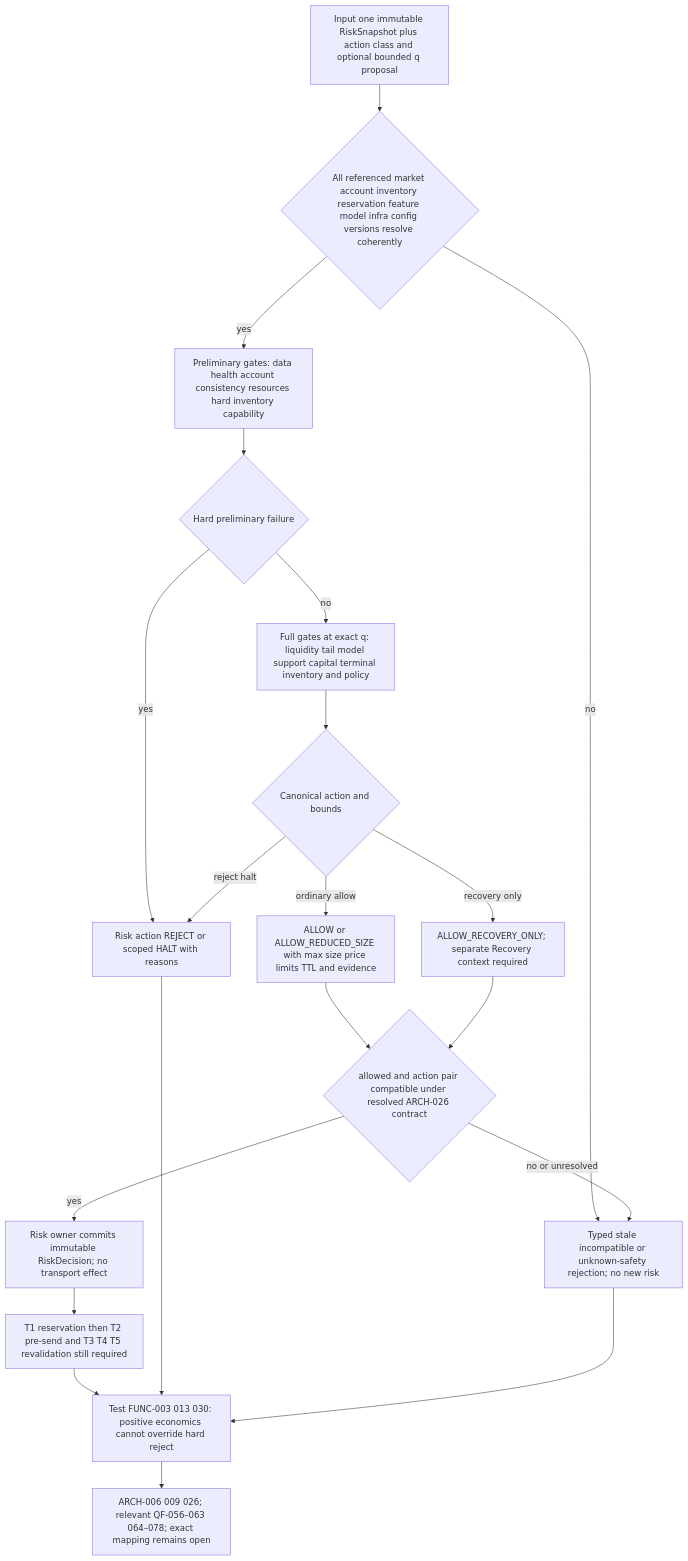
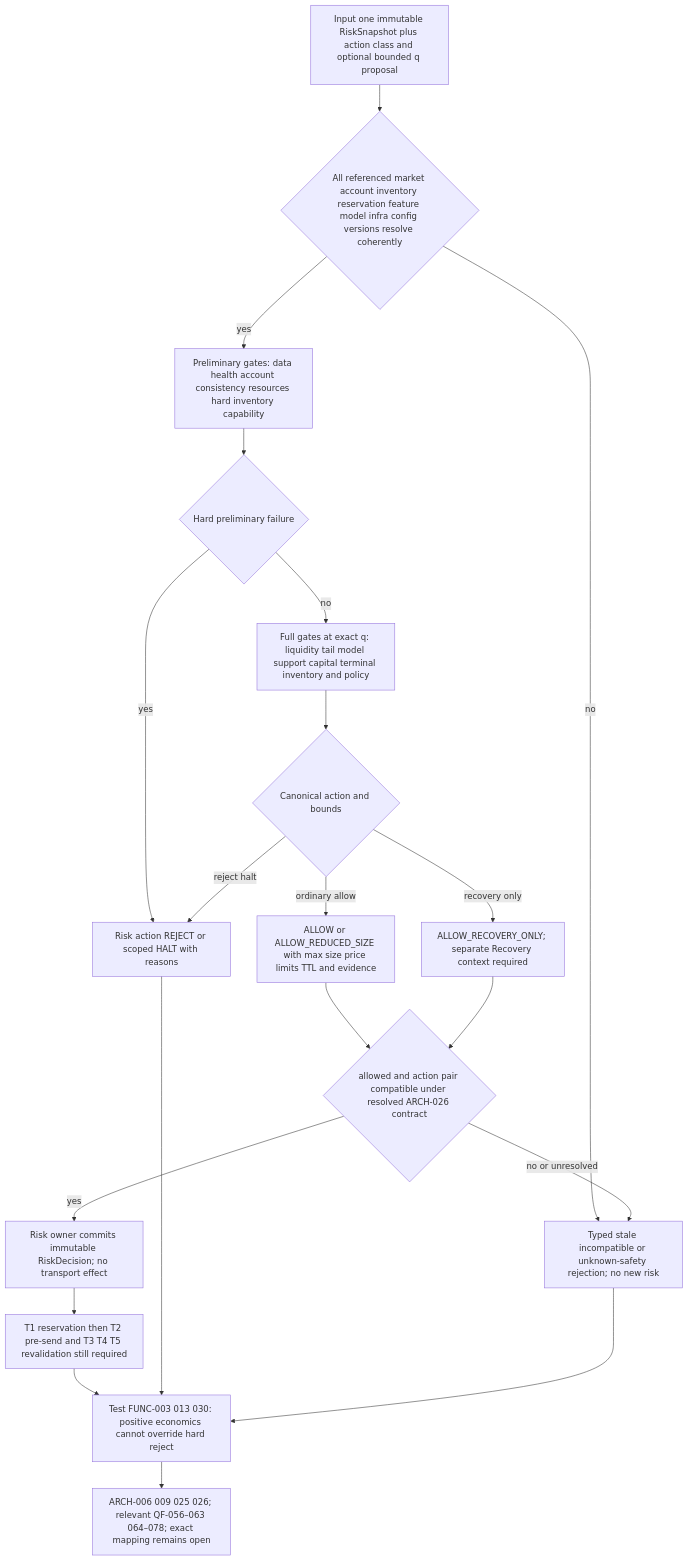
Diagram 32 of 37 in docs_v2/deep-specs/architecture/15_ARCHITECTURE_VISUAL_ATLAS.md (Insular2895/hyperliquid-arbitrage-bot), drawn with Mermaid before and after one commit. The commit also changed other lines of this file and 3 other files, not shown here.

````diff
--- a/docs_v2/deep-specs/architecture/15_ARCHITECTURE_VISUAL_ATLAS.md
+++ b/docs_v2/deep-specs/architecture/15_ARCHITECTURE_VISUAL_ATLAS.md
@@ -1204,22 +1216,22 @@
 ```mermaid
 flowchart TD
     I32["Input one immutable RiskSnapshot plus action class and optional bounded q proposal"] --> V32{"All referenced market account inventory reservation feature model infra config versions resolve coherently"}
     V32 -->|no| R32["Typed stale incompatible or unknown-safety rejection; no new risk"]
     V32 -->|yes| P32["Preliminary gates: data health account consistency resources hard inventory capability"]
     P32 --> H32{"Hard preliminary failure"}
     H32 -->|yes| J32["Risk action REJECT or scoped HALT with reasons"]
     H32 -->|no| F32["Full gates at exact q: liquidity tail model support capital terminal inventory and policy"]
     F32 --> D32{"Canonical action and bounds"}
     D32 -->|ordinary allow| A32["ALLOW or ALLOW_REDUCED_SIZE with max size price limits TTL and evidence"]
     D32 -->|recovery only| Y32["ALLOW_RECOVERY_ONLY; separate Recovery context required"]
     D32 -->|reject halt| J32
     A32 --> C32{"allowed and action pair compatible under resolved ARCH-026 contract"}
     Y32 --> C32
     C32 -->|no or unresolved| R32
     C32 -->|yes| O32["Risk owner commits immutable RiskDecision; no transport effect"]
     O32 --> T32["T1 reservation then T2 pre-send and T3 T4 T5 revalidation still required"]
     T32 --> E32["Test FUNC-003 013 030: positive economics cannot override hard reject"]
     J32 --> E32
     R32 --> E32
-    E32 --> Z32["ARCH-006 009 026; relevant QF-056–063 064–078; exact mapping remains open"]
+    E32 --> Z32["ARCH-006 009 025 026; relevant QF-056–063 064–078; exact mapping remains open"]
 ```
````
